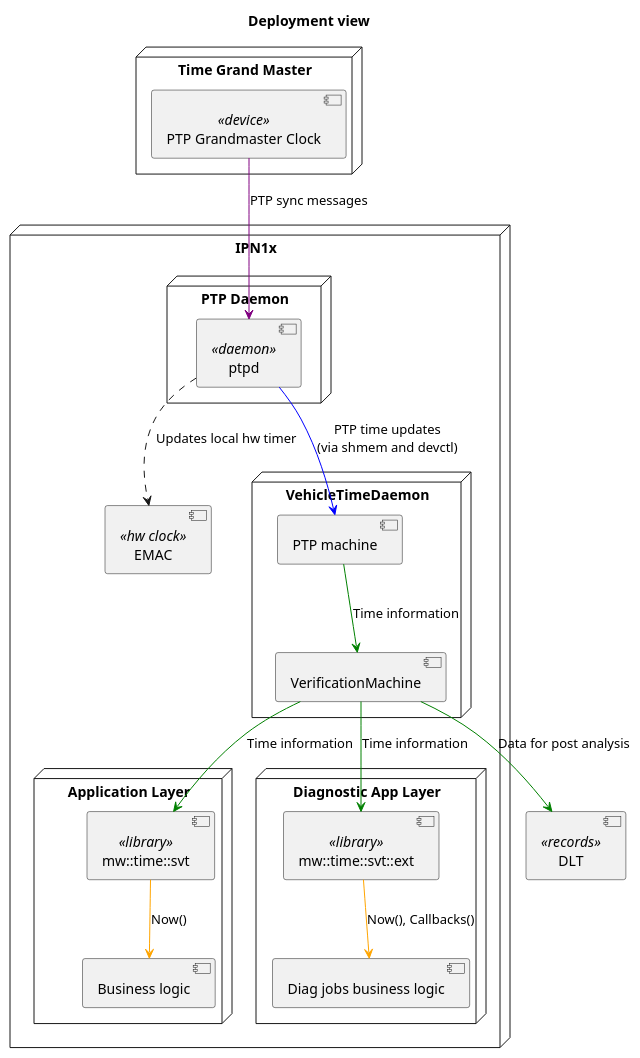
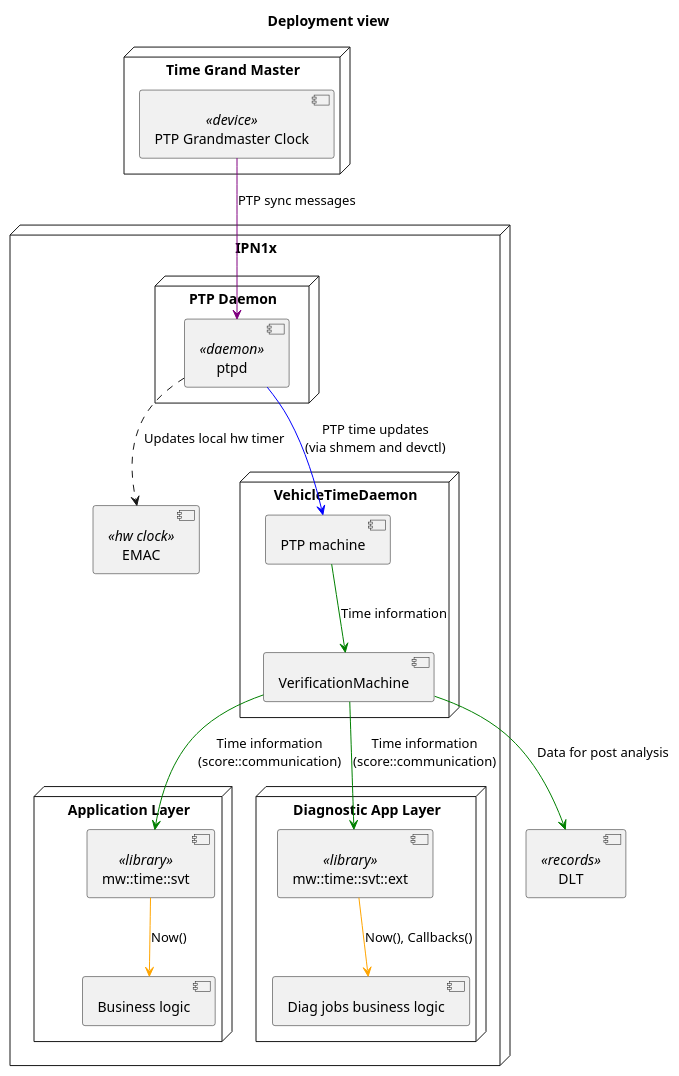
One commit to lavrovvalera/inc_time changed the diagram in docs/time/_assets/sad_deployment.puml. Above: the diagram before and after it, drawn with PlantUML. The commit also changed 8 other files, not shown here.

```diff
--- a/docs/time/_assets/sad_deployment.puml
+++ b/docs/time/_assets/sad_deployment.puml
@@ -1,39 +1,39 @@
 @startuml sad_deployment_diagram
 
 title Deployment view
 
 node "IPN1x" {
     node "Application Layer" {
         [Business logic] as app_bl
         [mw::time::svt] <<library>> as mw
     }
     node "Diagnostic App Layer" {
         [Diag jobs business logic] as diag_bl
         [mw::time::svt::ext] <<library>> as mw_ext
     }
     node "PTP Daemon" {
         [ptpd] <<daemon>> as ptpd
     }
     node "VehicleTimeDaemon" {
         [VerificationMachine]  as verification_machine
         [PTP machine] as ptp_machine
     }
     [EMAC] <<hw clock>> as hw_counter
 }
 node "Time Grand Master" {
     [PTP Grandmaster Clock] <<device>> as ptp_gm
 }
 [DLT] <<records>> as dlt_records
 
 
 ptp_gm -[#purple]-> ptpd : PTP sync messages
 ptpd ..> hw_counter : Updates local hw timer
 ptpd -[#blue]-> ptp_machine : PTP time updates\n(via shmem and devctl)
 ptp_machine -[#green]-> verification_machine: Time information
-verification_machine -[#green]-> mw: Time information
-verification_machine -[#green]-> mw_ext: Time information
+verification_machine -[#green]-> mw: Time information\n(score::communication)
+verification_machine -[#green]-> mw_ext: Time information\n(score::communication)
 verification_machine -[#green]-> dlt_records: Data for post analysis
 mw-[#orange]-> app_bl : Now()
 mw_ext-[#orange]-> diag_bl : Now(), Callbacks()
 
 @enduml
```
